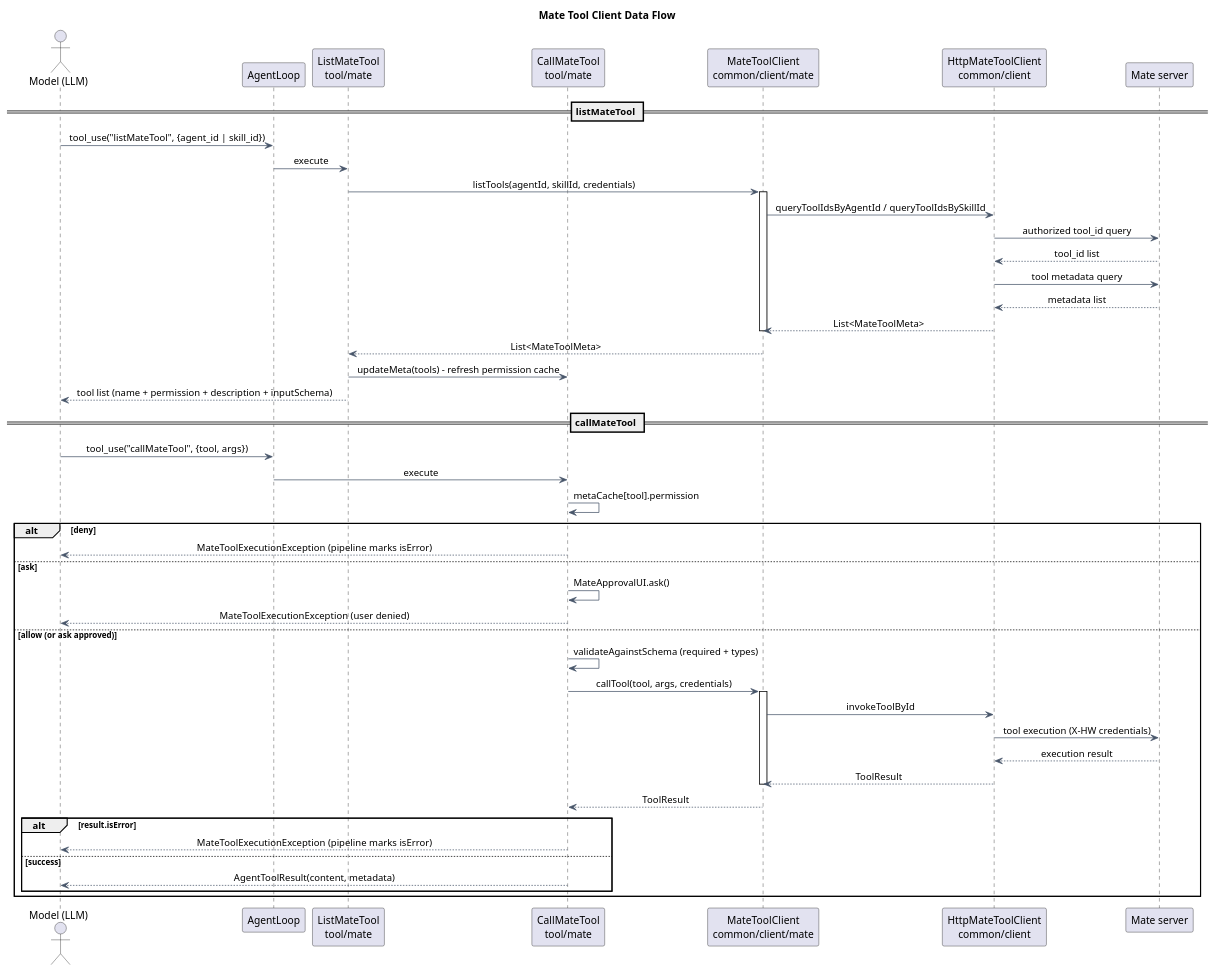
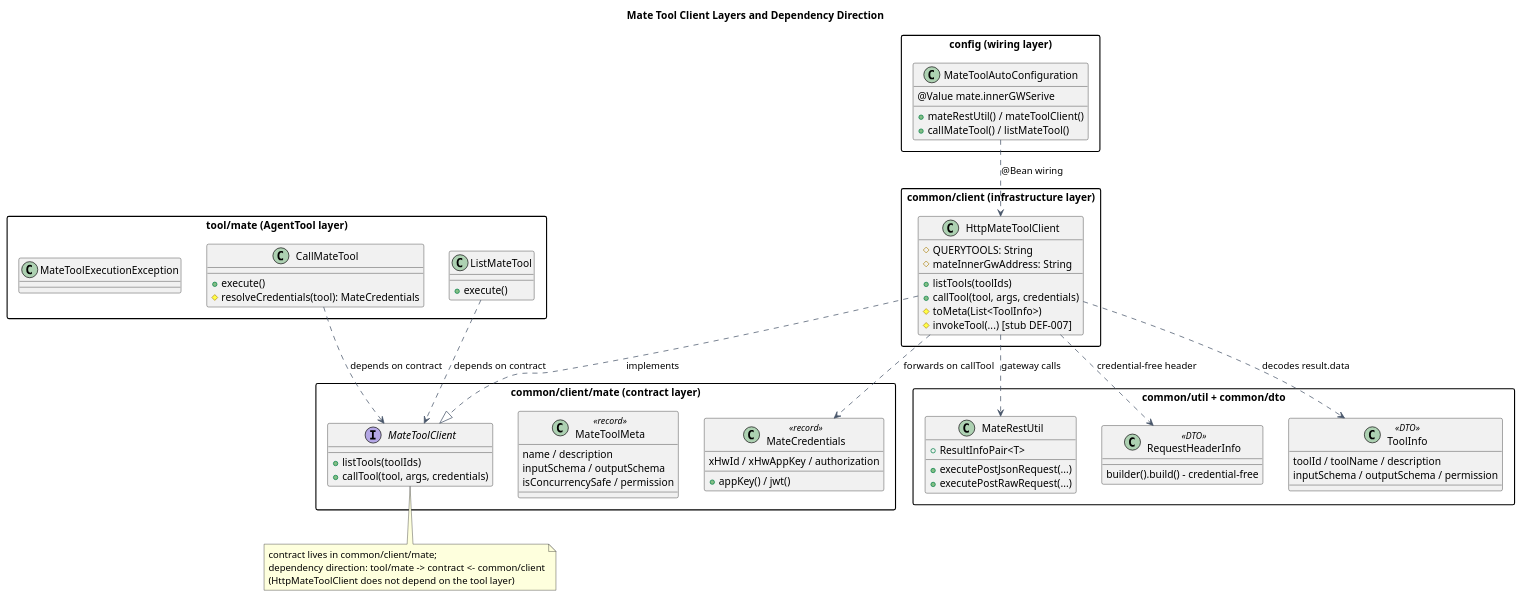
The first of 2 diagrams in docs/designs/mate-tool-client/diagram.puml (2862282695gjh-afk/pi-mono-java), drawn with PlantUML before and after one commit. The commit also changed other lines of this file and 36 other files, not shown here.

First line of the commit message:
feat(mate-tool): 对接内网网关 QUERYTOOLS + 工具无状态化

```diff
--- a/docs/designs/mate-tool-client/diagram.puml
+++ b/docs/designs/mate-tool-client/diagram.puml
@@ -1,74 +1,105 @@
-@startuml mate_tool_client_dataflow
+@startuml mate_tool_client_layers
 ' Source evidence:
-' - modules/coding-agent-cli/src/main/java/com/campusclaw/codingagent/tool/mate/CallMateTool.java:
-'   execute (permission check, validateAgainstSchema, error propagation)
-' - modules/coding-agent-cli/src/main/java/com/campusclaw/codingagent/tool/mate/ListMateTool.java:
-'   execute (list + cache refresh)
-' - modules/coding-agent-cli/src/main/java/com/campusclaw/codingagent/common/client/mate/MateToolClient.java:
-'   listTools, callTool, ToolResult
-' - modules/coding-agent-cli/src/main/java/com/campusclaw/codingagent/common/client/HttpMateToolClient.java:
-'   listTools (two-step query), callTool (invokeToolById), four DEF-007 stubs
-' Source baseline: superheromeZzh/pi-mono-java PR #140 head (branch mate-tool-client)
-' Observed behavior: the model discovers Mate tools via listMateTool, which refreshes
-' the permission cache inside CallMateTool; each callMateTool enforces the cached
-' permission, validates args locally, then invokes the tool through MateToolClient.
-' Design reason: permission and validation run inside the AgentTool (not a
-' before-hook) because Mate tool calls bypass ToolExecutionPipeline's tool layer.
+' - modules/coding-agent-cli/src/main/java/com/campusclaw/codingagent/tool/mate/:
+'   CallMateTool (resolveCredentials hook, MateToolExecutionException),
+'   ListMateTool (toolIdsOf)
+' - modules/coding-agent-cli/src/main/java/com/campusclaw/codingagent/common/client/mate/:
+'   MateToolClient (listTools/callTool contract), MateToolMeta, MateCredentials
+' - modules/coding-agent-cli/src/main/java/com/campusclaw/codingagent/common/client/:
+'   HttpMateToolClient (QUERYTOOLS wiring, invokeTool stub DEF-007)
+' - modules/coding-agent-cli/src/main/java/com/campusclaw/codingagent/common/util/:
+'   MateRestUtil (executePostJsonRequest / executePostRawRequest, ResultInfoPair)
+' - modules/coding-agent-cli/src/main/java/com/campusclaw/codingagent/common/dto/:
+'   RequestHeaderInfo (credential-free builder), ToolInfo (QUERYTOOLS result.data)
+' - modules/coding-agent-cli/src/main/java/com/campusclaw/codingagent/config/:
+'   MateToolAutoConfiguration (@Value mate.innerGWSerive), MateToolProperties
+' Source baseline: superheromeZzh/pi-mono-java main + this PR head
+' Observed behavior: both AgentTools are stateless Spring singletons; listTools
+' calls QUERYTOOLS credential-free, callTool forwards agent-handed-down
+' credentials; the invoke RPC is still a DEF-007 stub.
+' Design reason: process-wide singleton lifetime forbids per-session state on
+' instances; permission (allow/ask/deny) enforcement stays on the Mate server.
 
 skinparam backgroundColor white
 skinparam shadowing false
+skinparam packageStyle rectangle
 skinparam ArrowColor #475569
-skinparam SequenceMessageAlignment center
 
-title Mate Tool Client Data Flow
+title Mate Tool Client Layers and Dependency Direction
 
-actor "Model (LLM)" as llm
-participant "AgentLoop" as loop
-participant "ListMateTool\ntool/mate" as listTool
-participant "CallMateTool\ntool/mate" as callTool
-participant "MateToolClient\ncommon/client/mate" as iface
-participant "HttpMateToolClient\ncommon/client" as http
-participant "Mate server" as mate
+package "tool/mate (AgentTool layer)" {
+  class CallMateTool {
+    + execute()
+    # resolveCredentials(tool): MateCredentials
+  }
+  class ListMateTool {
+    + execute()
+  }
+  class MateToolExecutionException
+}
 
-== listMateTool ==
-llm -> loop: tool_use("listMateTool", {agent_id | skill_id})
-loop -> listTool: execute
-listTool -> iface: listTools(agentId, skillId, credentials)
-activate iface
-iface -> http: queryToolIdsByAgentId / queryToolIdsBySkillId
-http -> mate: authorized tool_id query
-mate --> http: tool_id list
-http -> mate: tool metadata query
-mate --> http: metadata list
-http --> iface: List<MateToolMeta>
-deactivate iface
-iface --> listTool: List<MateToolMeta>
-listTool -> callTool: updateMeta(tools) - refresh permission cache
-listTool --> llm: tool list (name + permission + description + inputSchema)
+package "common/client (infrastructure layer)" {
+  class HttpMateToolClient {
+    # QUERYTOOLS: String
+    # mateInnerGwAddress: String
+    + listTools(toolIds)
+    + callTool(tool, args, credentials)
+    # toMeta(List<ToolInfo>)
+    # invokeTool(...) [stub DEF-007]
+  }
+}
 
-== callMateTool ==
-llm -> loop: tool_use("callMateTool", {tool, args})
-loop -> callTool: execute
-callTool -> callTool: metaCache[tool].permission
-alt deny
-  callTool --> llm: MateToolExecutionException (pipeline marks isError)
-else ask
-  callTool -> callTool: MateApprovalUI.ask()
-  callTool --> llm: MateToolExecutionException (user denied)
-else allow (or ask approved)
-  callTool -> callTool: validateAgainstSchema (required + types)
-  callTool -> iface: callTool(tool, args, credentials)
-  activate iface
-  iface -> http: invokeToolById
-  http -> mate: tool execution (X-HW credentials)
-  mate --> http: execution result
-  http --> iface: ToolResult
-  deactivate iface
-  iface --> callTool: ToolResult
-  alt result.isError
-    callTool --> llm: MateToolExecutionException (pipeline marks isError)
-  else success
-    callTool --> llm: AgentToolResult(content, metadata)
-  end
-end
+package "common/client/mate (contract layer)" {
+  interface MateToolClient {
+    + listTools(toolIds)
+    + callTool(tool, args, credentials)
+  }
+  class MateToolMeta <<record>> {
+    name / description
+    inputSchema / outputSchema
+    isConcurrencySafe / permission
+  }
+  class MateCredentials <<record>> {
+    xHwId / xHwAppKey / authorization
+    + appKey() / jwt()
+  }
+}
+
+package "common/util + common/dto" {
+  class MateRestUtil {
+    + executePostJsonRequest(...)
+    + executePostRawRequest(...)
+    + ResultInfoPair<T>
+  }
+  class RequestHeaderInfo <<DTO>> {
+    builder().build() - credential-free
+  }
+  class ToolInfo <<DTO>> {
+    toolId / toolName / description
+    inputSchema / outputSchema / permission
+  }
+}
+
+package "config (wiring layer)" {
+  class MateToolAutoConfiguration {
+    @Value mate.innerGWSerive
+    + mateRestUtil() / mateToolClient()
+    + callMateTool() / listMateTool()
+  }
+}
+
+CallMateTool ..> MateToolClient : depends on contract
+ListMateTool ..> MateToolClient : depends on contract
+HttpMateToolClient ..|> MateToolClient : implements
+HttpMateToolClient ..> MateRestUtil : gateway calls
+HttpMateToolClient ..> RequestHeaderInfo : credential-free header
+HttpMateToolClient ..> ToolInfo : decodes result.data
+HttpMateToolClient ..> MateCredentials : forwards on callTool
+MateToolAutoConfiguration ..> HttpMateToolClient : @Bean wiring
+
+note bottom of MateToolClient
+  contract lives in common/client/mate;
+  dependency direction: tool/mate -> contract <- common/client
+  (HttpMateToolClient does not depend on the tool layer)
+end note
 @enduml
```
